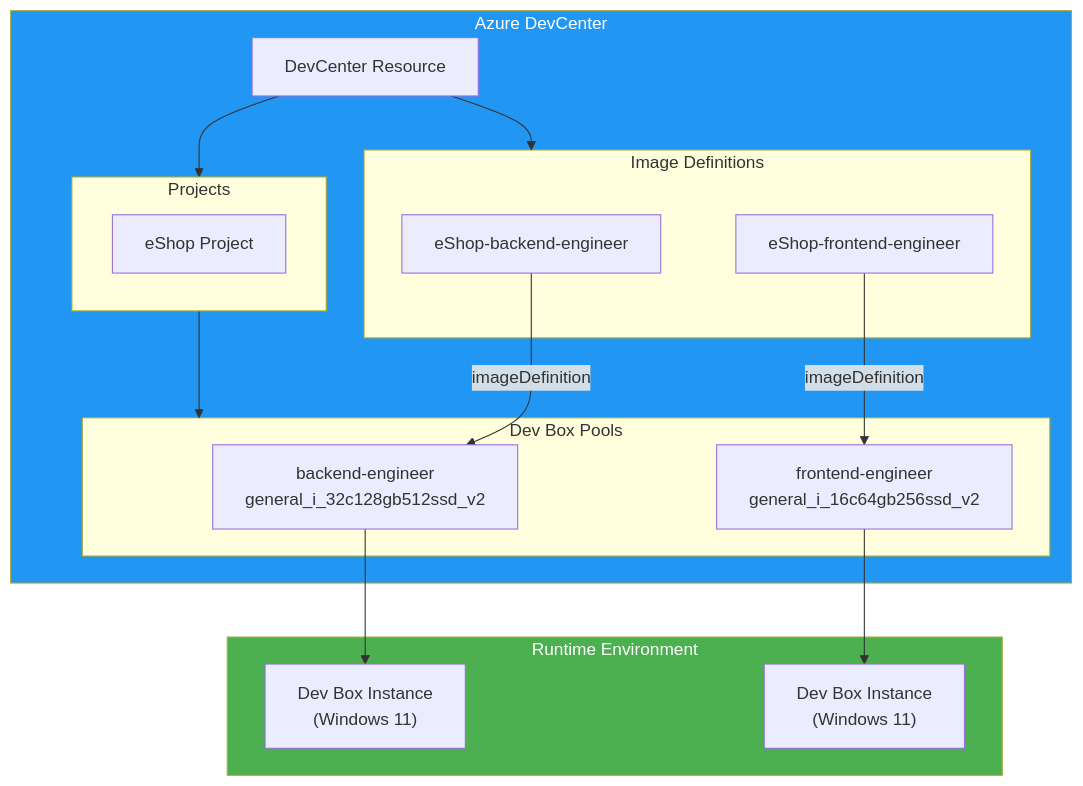
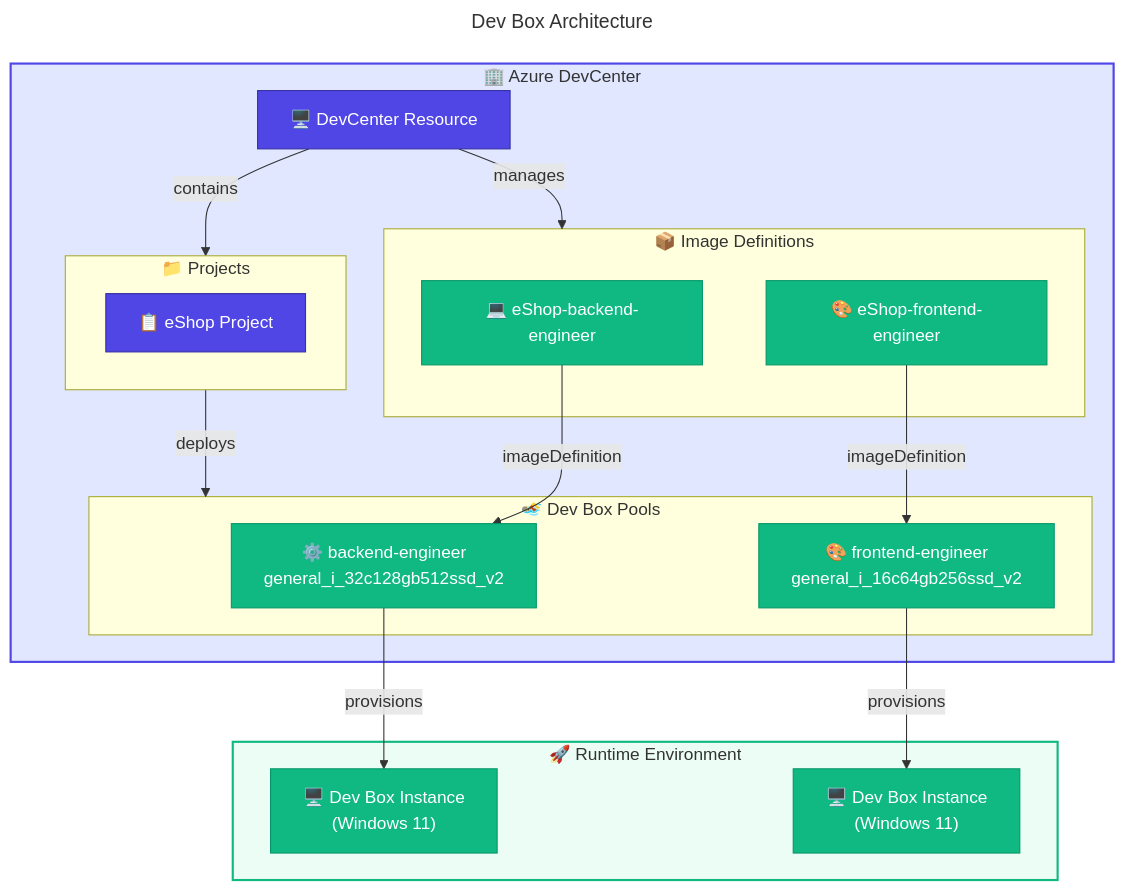
The fifth of 9 diagrams in docs/architecture/04-technology-architecture.md (Evilazaro/DevExp-DevBox), drawn with Mermaid before and after one commit. The commit also changed other lines of this file, not shown here.

Commit message:
Enhance documentation for network and Dev Box architecture by adding emojis, improving diagram styles, and refining connections for better clarity and navigation.

````diff
--- a/docs/architecture/04-technology-architecture.md
+++ b/docs/architecture/04-technology-architecture.md
@@ -452,37 +468,53 @@
 ```mermaid
+---
+title: Dev Box Architecture
+---
 flowchart TB
-    subgraph DevCenter["Azure DevCenter"]
-        DC["DevCenter Resource"]
+    %% ===== DEVCENTER =====
+    subgraph DevCenter["🏢 Azure DevCenter"]
+        DC["🖥️ DevCenter Resource"]
         
-        subgraph Images["Image Definitions"]
-            IMG1["eShop-backend-engineer"]
-            IMG2["eShop-frontend-engineer"]
+        %% ===== IMAGES =====
+        subgraph Images["📦 Image Definitions"]
+            IMG1["💻 eShop-backend-engineer"]
+            IMG2["🎨 eShop-frontend-engineer"]
         end
         
-        subgraph Projects["Projects"]
-            PROJ["eShop Project"]
+        %% ===== PROJECTS =====
+        subgraph Projects["📁 Projects"]
+            PROJ["📋 eShop Project"]
         end
         
-        subgraph Pools["Dev Box Pools"]
-            P1["backend-engineer\ngeneral_i_32c128gb512ssd_v2"]
-            P2["frontend-engineer\ngeneral_i_16c64gb256ssd_v2"]
+        %% ===== POOLS =====
+        subgraph Pools["🏊 Dev Box Pools"]
+            P1["⚙️ backend-engineer<br/>general_i_32c128gb512ssd_v2"]
+            P2["🎨 frontend-engineer<br/>general_i_16c64gb256ssd_v2"]
         end
     end
     
-    subgraph Runtime["Runtime Environment"]
-        DB1["Dev Box Instance\n(Windows 11)"]
-        DB2["Dev Box Instance\n(Windows 11)"]
+    %% ===== RUNTIME =====
+    subgraph Runtime["🚀 Runtime Environment"]
+        DB1["🖥️ Dev Box Instance<br/>(Windows 11)"]
+        DB2["🖥️ Dev Box Instance<br/>(Windows 11)"]
     end
     
-    DC --> Images
-    DC --> Projects
-    Projects --> Pools
-    P1 --> DB1
-    P2 --> DB2
+    %% ===== CONNECTIONS =====
+    DC -->|manages| Images
+    DC -->|contains| Projects
+    Projects -->|deploys| Pools
+    P1 -->|provisions| DB1
+    P2 -->|provisions| DB2
     
     IMG1 -->|imageDefinition| P1
     IMG2 -->|imageDefinition| P2
     
-    style DevCenter fill:#2196F3,color:#fff
-    style Runtime fill:#4CAF50,color:#fff
+    %% ===== STYLES =====
+    classDef primary fill:#4F46E5,stroke:#3730A3,color:#FFFFFF
+    classDef secondary fill:#10B981,stroke:#059669,color:#FFFFFF
+    
+    class DC,PROJ primary
+    class IMG1,IMG2,P1,P2,DB1,DB2 secondary
+    
+    style DevCenter fill:#E0E7FF,stroke:#4F46E5,stroke-width:2px
+    style Runtime fill:#ECFDF5,stroke:#10B981,stroke-width:2px
 ```
````
